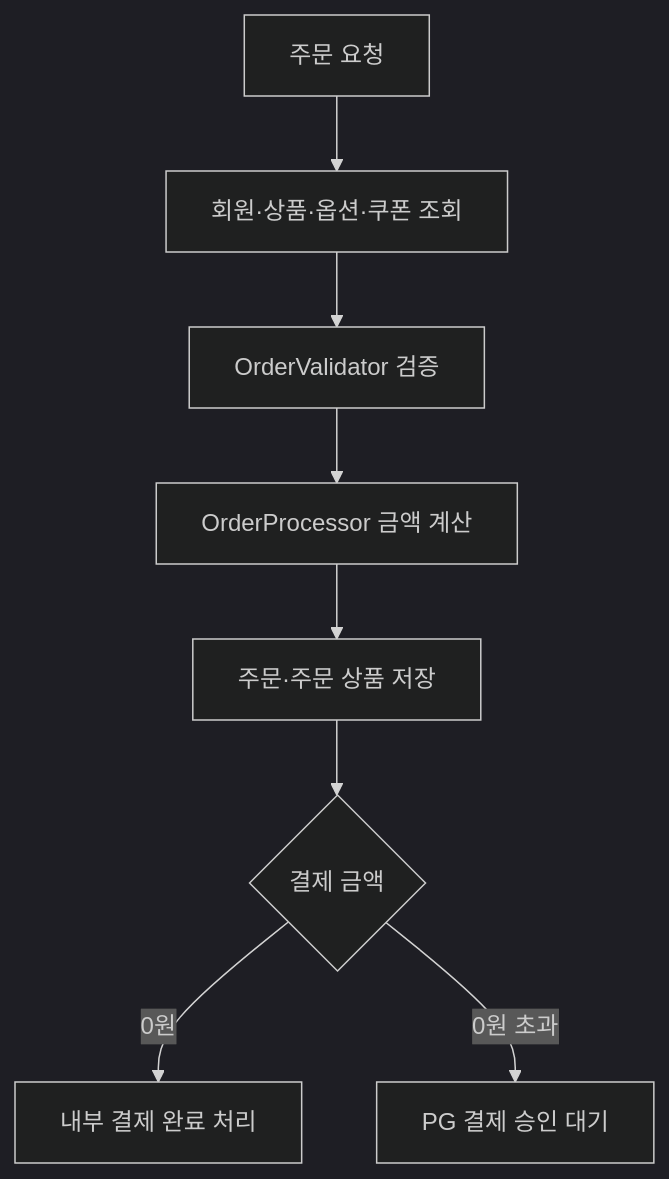
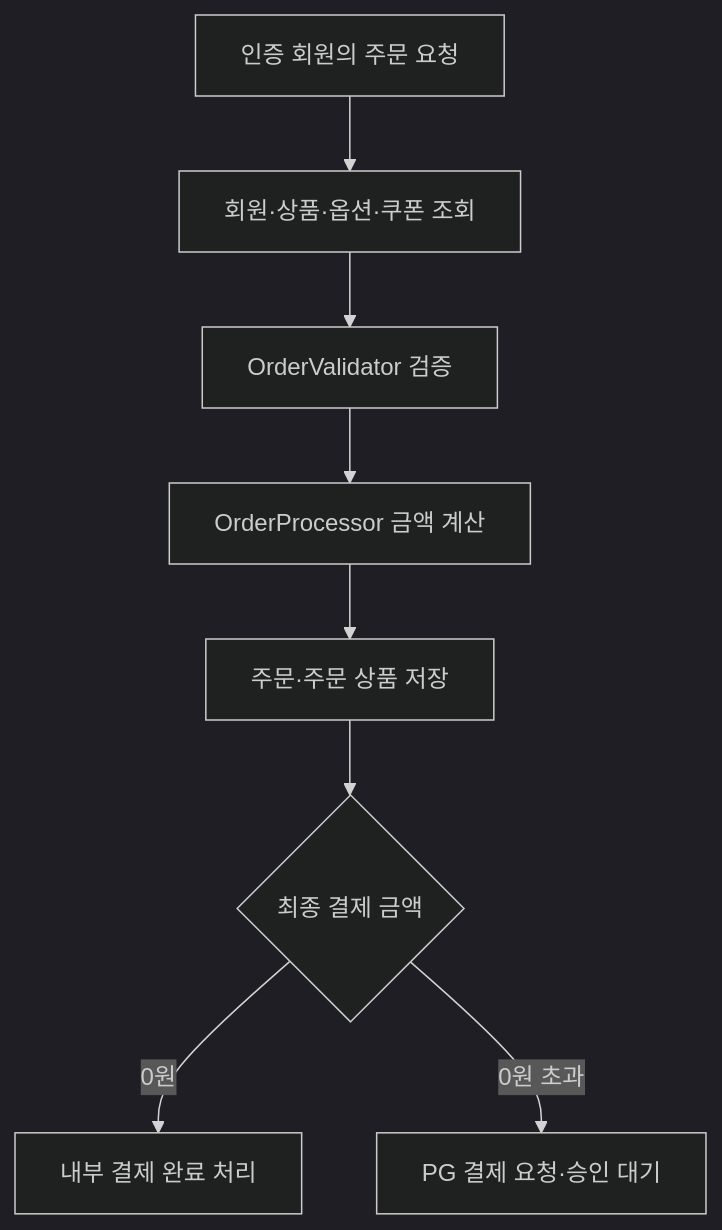
The second of 3 diagrams in README.md (leedoohee/fnb-front-backend-api), drawn with Mermaid (dark theme) before and after one commit. The commit also changed other lines of this file, not shown here.

````diff
--- a/README.md
+++ b/README.md
@@ -63,10 +94,10 @@
 ```mermaid
 flowchart TD
-    A["주문 요청"] --> B["회원·상품·옵션·쿠폰 조회"]
+    A["인증 회원의 주문 요청"] --> B["회원·상품·옵션·쿠폰 조회"]
     B --> C["OrderValidator 검증"]
     C --> D["OrderProcessor 금액 계산"]
     D --> E["주문·주문 상품 저장"]
-    E --> F{"결제 금액"}
+    E --> F{"최종 결제 금액"}
     F -->|"0원"| G["내부 결제 완료 처리"]
-    F -->|"0원 초과"| H["PG 결제 승인 대기"]
+    F -->|"0원 초과"| H["PG 결제 요청·승인 대기"]
 ```
````
